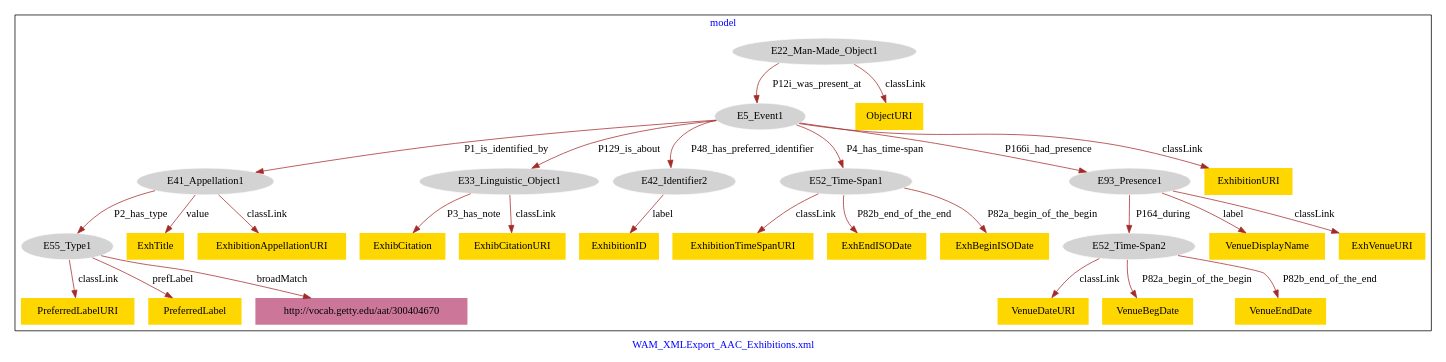
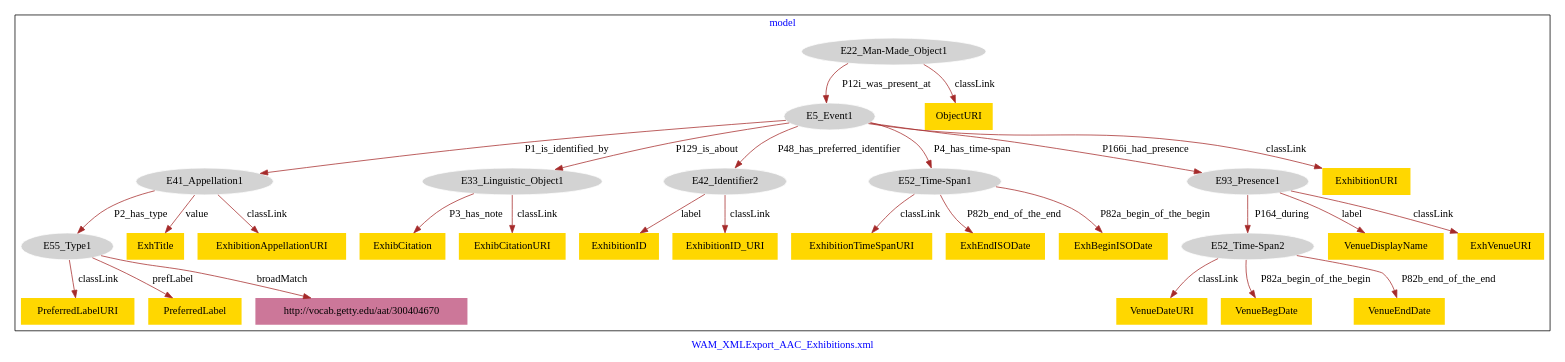
Before and after one commit to american-art/wam: the diagram in WAM_AAC_Exhibitions/WAM_AAC_Exhibitions-model.dot, drawn with Graphviz.

Commit message:
Update file WAM_AAC_Exhibitions-model.dot

```diff
--- a/WAM_AAC_Exhibitions/WAM_AAC_Exhibitions-model.dot
+++ b/WAM_AAC_Exhibitions/WAM_AAC_Exhibitions-model.dot
@@ -1,61 +1,63 @@
 digraph n0 {
 fontcolor="blue"
 remincross="true"
 label="WAM_XMLExport_AAC_Exhibitions.xml"
 subgraph cluster {
 label="model"
 n2[style="filled",color="white",fillcolor="lightgray",label="E22_Man-Made_Object1"];
 n3[style="filled",color="white",fillcolor="lightgray",label="E5_Event1"];
 n4[style="filled",color="white",fillcolor="lightgray",label="E41_Appellation1"];
 n5[style="filled",color="white",fillcolor="lightgray",label="E55_Type1"];
 n6[style="filled",color="white",fillcolor="lightgray",label="E33_Linguistic_Object1"];
 n7[style="filled",color="white",fillcolor="lightgray",label="E42_Identifier2"];
 n8[style="filled",color="white",fillcolor="lightgray",label="E52_Time-Span1"];
 n9[style="filled",color="white",fillcolor="lightgray",label="E93_Presence1"];
 n10[style="filled",color="white",fillcolor="lightgray",label="E52_Time-Span2"];
 n11[shape="plaintext",style="filled",fillcolor="gold",label="ExhibitionTimeSpanURI"];
 n12[shape="plaintext",style="filled",fillcolor="gold",label="ExhEndISODate"];
 n13[shape="plaintext",style="filled",fillcolor="gold",label="ExhBeginISODate"];
 n14[shape="plaintext",style="filled",fillcolor="gold",label="VenueDateURI"];
 n15[shape="plaintext",style="filled",fillcolor="gold",label="ExhibCitation"];
 n16[shape="plaintext",style="filled",fillcolor="gold",label="ExhibitionID"];
 n17[shape="plaintext",style="filled",fillcolor="gold",label="VenueBegDate"];
 n18[shape="plaintext",style="filled",fillcolor="gold",label="VenueDisplayName"];
 n19[shape="plaintext",style="filled",fillcolor="gold",label="VenueEndDate"];
-n20[shape="plaintext",style="filled",fillcolor="gold",label="ExhTitle"];
-n21[shape="plaintext",style="filled",fillcolor="gold",label="ExhVenueURI"];
-n22[shape="plaintext",style="filled",fillcolor="gold",label="PreferredLabelURI"];
-n23[shape="plaintext",style="filled",fillcolor="gold",label="ObjectURI"];
-n24[shape="plaintext",style="filled",fillcolor="gold",label="PreferredLabel"];
-n25[shape="plaintext",style="filled",fillcolor="gold",label="ExhibitionAppellationURI"];
-n26[shape="plaintext",style="filled",fillcolor="gold",label="ExhibCitationURI"];
-n27[shape="plaintext",style="filled",fillcolor="gold",label="ExhibitionURI"];
-n28[shape="plaintext",style="filled",fillcolor="#CC7799",label="http://vocab.getty.edu/aat/300404670"];
+n20[shape="plaintext",style="filled",fillcolor="gold",label="ExhibitionID_URI"];
+n21[shape="plaintext",style="filled",fillcolor="gold",label="ExhTitle"];
+n22[shape="plaintext",style="filled",fillcolor="gold",label="ExhVenueURI"];
+n23[shape="plaintext",style="filled",fillcolor="gold",label="PreferredLabelURI"];
+n24[shape="plaintext",style="filled",fillcolor="gold",label="ObjectURI"];
+n25[shape="plaintext",style="filled",fillcolor="gold",label="PreferredLabel"];
+n26[shape="plaintext",style="filled",fillcolor="gold",label="ExhibitionAppellationURI"];
+n27[shape="plaintext",style="filled",fillcolor="gold",label="ExhibCitationURI"];
+n28[shape="plaintext",style="filled",fillcolor="gold",label="ExhibitionURI"];
+n29[shape="plaintext",style="filled",fillcolor="#CC7799",label="http://vocab.getty.edu/aat/300404670"];
 }
 n2 -> n3[color="brown",fontcolor="black",label="P12i_was_present_at"]
 n4 -> n5[color="brown",fontcolor="black",label="P2_has_type"]
 n3 -> n6[color="brown",fontcolor="black",label="P129_is_about"]
 n3 -> n4[color="brown",fontcolor="black",label="P1_is_identified_by"]
 n3 -> n7[color="brown",fontcolor="black",label="P48_has_preferred_identifier"]
 n3 -> n8[color="brown",fontcolor="black",label="P4_has_time-span"]
 n3 -> n9[color="brown",fontcolor="black",label="P166i_had_presence"]
 n9 -> n10[color="brown",fontcolor="black",label="P164_during"]
 n8 -> n11[color="brown",fontcolor="black",label="classLink"]
 n8 -> n12[color="brown",fontcolor="black",label="P82b_end_of_the_end"]
 n8 -> n13[color="brown",fontcolor="black",label="P82a_begin_of_the_begin"]
 n10 -> n14[color="brown",fontcolor="black",label="classLink"]
 n6 -> n15[color="brown",fontcolor="black",label="P3_has_note"]
 n7 -> n16[color="brown",fontcolor="black",label="label"]
 n10 -> n17[color="brown",fontcolor="black",label="P82a_begin_of_the_begin"]
 n9 -> n18[color="brown",fontcolor="black",label="label"]
 n10 -> n19[color="brown",fontcolor="black",label="P82b_end_of_the_end"]
-n4 -> n20[color="brown",fontcolor="black",label="value"]
-n9 -> n21[color="brown",fontcolor="black",label="classLink"]
-n5 -> n22[color="brown",fontcolor="black",label="classLink"]
-n2 -> n23[color="brown",fontcolor="black",label="classLink"]
-n5 -> n24[color="brown",fontcolor="black",label="prefLabel"]
-n4 -> n25[color="brown",fontcolor="black",label="classLink"]
-n6 -> n26[color="brown",fontcolor="black",label="classLink"]
-n3 -> n27[color="brown",fontcolor="black",label="classLink"]
-n5 -> n28[color="brown",fontcolor="black",label="broadMatch"]
+n7 -> n20[color="brown",fontcolor="black",label="classLink"]
+n4 -> n21[color="brown",fontcolor="black",label="value"]
+n9 -> n22[color="brown",fontcolor="black",label="classLink"]
+n5 -> n23[color="brown",fontcolor="black",label="classLink"]
+n2 -> n24[color="brown",fontcolor="black",label="classLink"]
+n5 -> n25[color="brown",fontcolor="black",label="prefLabel"]
+n4 -> n26[color="brown",fontcolor="black",label="classLink"]
+n6 -> n27[color="brown",fontcolor="black",label="classLink"]
+n3 -> n28[color="brown",fontcolor="black",label="classLink"]
+n5 -> n29[color="brown",fontcolor="black",label="broadMatch"]
 }
```
